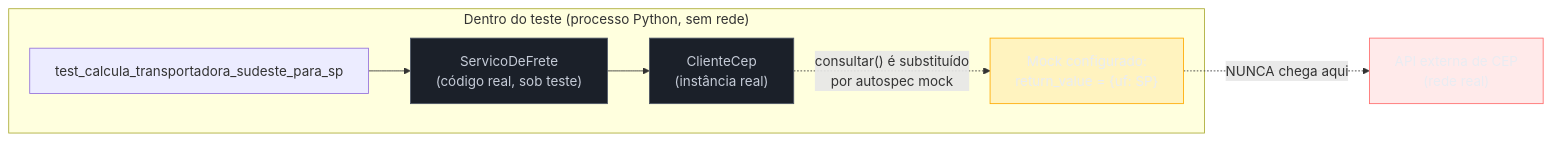
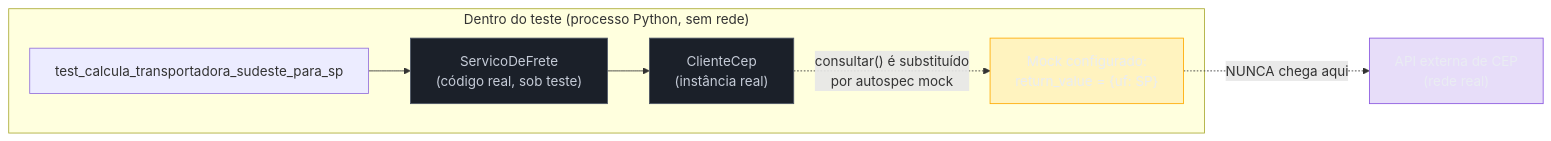
Before and after one commit to josenaldo/codex-technomanticus: the second of 2 diagrams in 03-Dominios/Tecnologia/Python/Testes/04 - Mocking com unittest.mock e pytest-mock.md, drawn with Mermaid. The commit also changed other lines of this file and 601 other files, not shown here.

````diff
--- a/03-Dominios/Tecnologia/Python/Testes/04 - Mocking com unittest.mock e pytest-mock.md
+++ b/03-Dominios/Tecnologia/Python/Testes/04 - Mocking com unittest.mock e pytest-mock.md
@@ -457,18 +457,18 @@
 ```mermaid
 flowchart LR
+    classDef marca fill:#8855DF33,stroke:#8855DF,color:#E9ECF2
     classDef neutro fill:#1B2029,stroke:#4E5666,color:#C6CCD8
     classDef destaque fill:#FFAA0024,stroke:#FFAA00,color:#E9ECF2
-    classDef falha fill:#FF6B6B24,stroke:#FF6B6B,color:#E9ECF2
     subgraph Teste["Dentro do teste (processo Python, sem rede)"]
         T["test_calcula_transportadora_sudeste_para_sp"] --> S["ServicoDeFrete<br/>(código real, sob teste)"]
         S --> C["ClienteCep<br/>(instância real)"]
         C -.->|"consultar() é substituído<br/>por autospec mock"| M["Mock configurado:<br/>return_value = {uf: SP}"]
     end
 
     M -.->|"NUNCA chega aqui"| API["API externa de CEP<br/>(rede real)"]
 
     class S neutro
     class C neutro
     class M destaque
-    class API falha
+    class API marca
 ```
````
